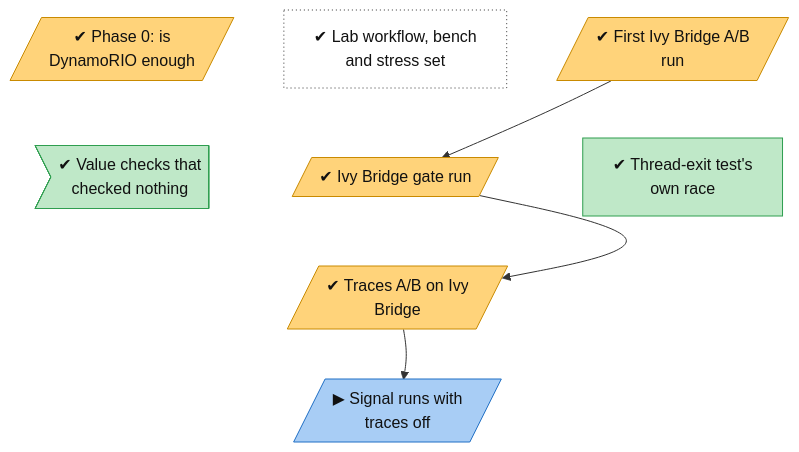
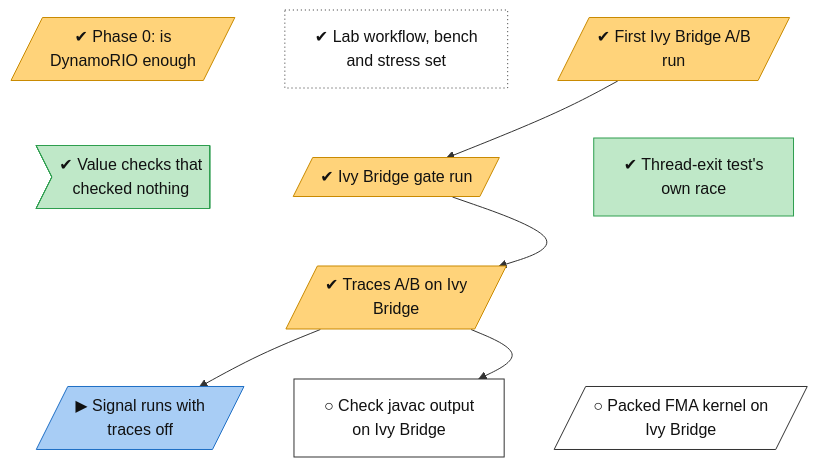
One commit to lhns/v3compat changed the diagram in docs/roadmap/tracks/lab.md. Above: the diagram before and after it, drawn with Mermaid. The commit also changed other lines of this file and 10 other files, not shown here.

First line of the commit message:
Roadmap: phase gates, forward work and an overview spine

````diff
--- a/docs/roadmap/tracks/lab.md
+++ b/docs/roadmap/tracks/lab.md
@@ -10,39 +10,45 @@
 ```mermaid
 flowchart TB
     lab_phase0[/"✔ Phase 0: is<br/>DynamoRIO enough"/]
     lab_tooling["✔ Lab workflow, bench<br/>and stress set"]
     lab_ivy_ab[/"✔ First Ivy Bridge A/B<br/>run"/]
     lab_noop_value_checks>"✔ Value checks that<br/>checked nothing"]
     lab_ivy_gate[/"✔ Ivy Bridge gate run"/]
     lab_thread_exit_test["✔ Thread-exit test's<br/>own race"]
     lab_ivy_traces[/"✔ Traces A/B on Ivy<br/>Bridge"/]
     lab_ivy_traces_signal[/"▶ Signal runs with<br/>traces off"/]
+    lab_javac_digest["○ Check javac output<br/>on Ivy Bridge"]
+    lab_fma_ivy[/"○ Packed FMA kernel on<br/>Ivy Bridge"/]
     lab_phase0 ~~~ lab_noop_value_checks
     lab_tooling ~~~ lab_ivy_gate
     lab_ivy_ab ~~~ lab_thread_exit_test
     lab_noop_value_checks ~~~ lab_ivy_traces
     lab_ivy_gate ~~~ lab_ivy_traces
     lab_thread_exit_test ~~~ lab_ivy_traces
     lab_ivy_traces ~~~ lab_ivy_traces_signal
+    lab_ivy_traces ~~~ lab_javac_digest
+    lab_ivy_traces ~~~ lab_fma_ivy
     lab_ivy_ab --> lab_ivy_gate
     lab_ivy_gate --> lab_ivy_traces
     lab_ivy_traces --> lab_ivy_traces_signal
+    lab_ivy_traces --> lab_javac_digest
     classDef vsucc fill:#2e9e4f,stroke:#1b6b34,color:#fff
     classDef succ fill:#bfe8c8,stroke:#2e9e4f,color:#111
     classDef mixed fill:#ffd37a,stroke:#c98a00,color:#111
     classDef bad fill:#f28b82,stroke:#b3261e,color:#111
     classDef dead fill:#e6e6e6,stroke:#777,stroke-dasharray:5 5,color:#555
     classDef inprog fill:#a8cdf5,stroke:#1f6fc5,color:#111
     classDef next fill:#fff,stroke:#333,color:#111
     classDef blocked fill:#fff,stroke:#b3261e,stroke-dasharray:2 2,color:#111
     classDef parked fill:#f3f3f3,stroke:#999,color:#555
     classDef unrated fill:#fff,stroke:#333,stroke-dasharray:1 3,color:#111
     classDef gate fill:#d9c2f0,stroke:#7b3fb5,color:#111
     classDef decided fill:#ece0f7,stroke:#7b3fb5,stroke-dasharray:2 2,color:#111
     classDef finding fill:#ffe0b2,stroke:#d84315,stroke-width:2px,color:#111
     classDef waiting fill:#e3f2fd,stroke:#1f6fc5,stroke-dasharray:5 5,color:#111
     class lab_phase0,lab_ivy_ab,lab_ivy_gate,lab_ivy_traces mixed
     class lab_tooling unrated
     class lab_noop_value_checks,lab_thread_exit_test succ
     class lab_ivy_traces_signal inprog
+    class lab_javac_digest,lab_fma_ivy next
 ```
````
